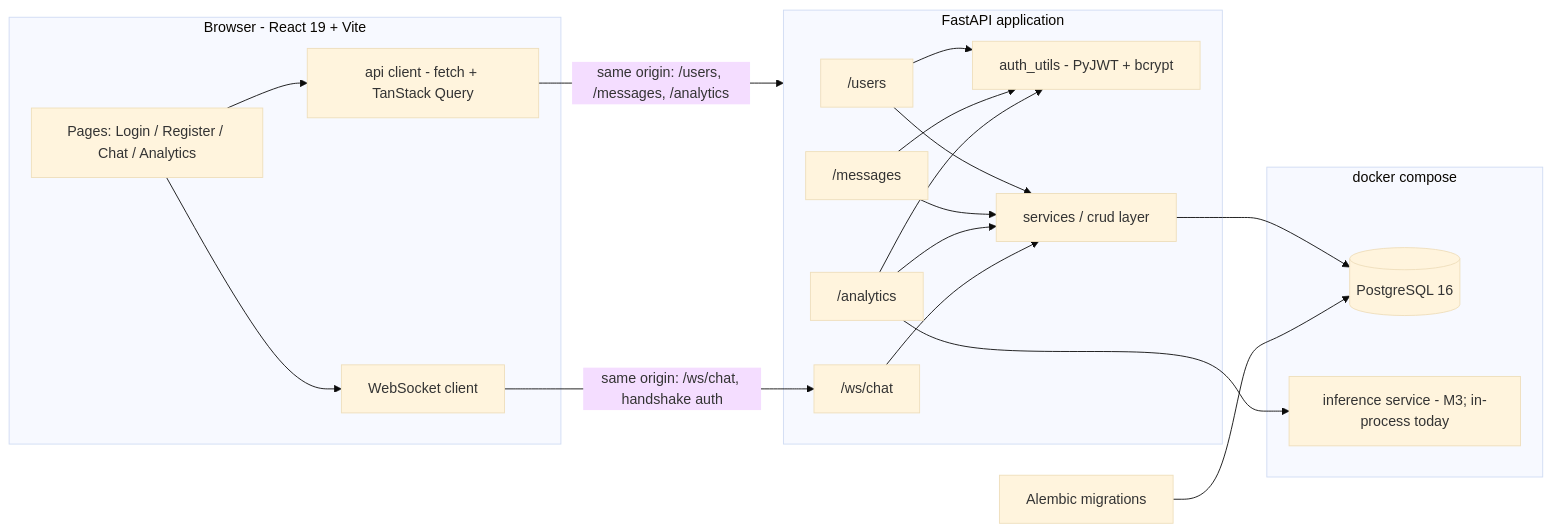
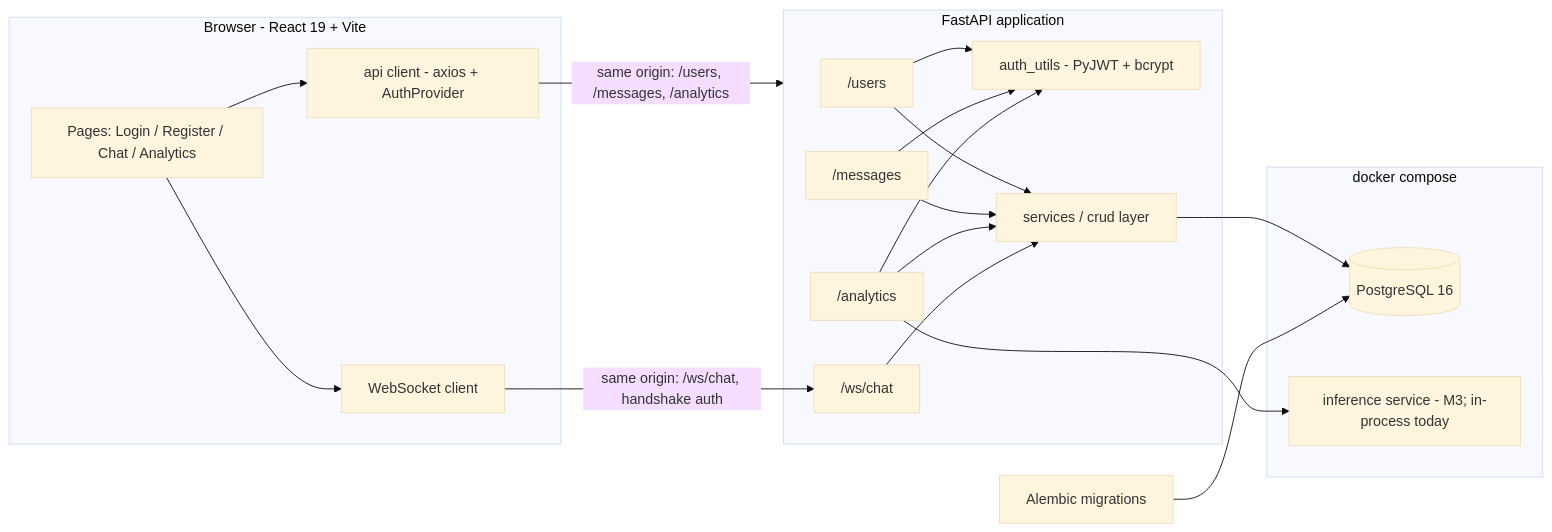
The diagram in README.md (zoyaumar/Chat-Analyzer-AI), drawn with Mermaid (base theme) before and after one commit. The commit also changed other lines of this file and 21 other files, not shown here.

````diff
--- a/README.md
+++ b/README.md
@@ -96,39 +96,39 @@
 ```mermaid
 flowchart LR
     subgraph Browser["Browser - React 19 + Vite"]
         UI["Pages: Login / Register / Chat / Analytics"]
-        CL["api client - fetch + TanStack Query"]
+        CL["api client - axios + AuthProvider"]
         WSC["WebSocket client"]
     end
 
     subgraph API["FastAPI application"]
         R_USERS["/users"]
         R_MSG["/messages"]
         R_ANA["/analytics"]
         R_WS["/ws/chat"]
         AUTH["auth_utils - PyJWT + bcrypt"]
         SVC["services / crud layer"]
     end
 
     subgraph Compose["docker compose"]
         DB[("PostgreSQL 16")]
         INF["inference service - M3; in-process today"]
     end
 
     ALEMBIC["Alembic migrations"]
 
     UI --> CL
     UI --> WSC
     CL -- "same origin: /users, /messages, /analytics" --> API
     WSC -- "same origin: /ws/chat, handshake auth" --> R_WS
     R_USERS --> AUTH
     R_MSG --> AUTH
     R_ANA --> AUTH
     R_USERS --> SVC
     R_MSG --> SVC
     R_ANA --> SVC
     SVC --> DB
     R_WS --> SVC
     R_ANA --> INF
     ALEMBIC --> DB
 ```
````
